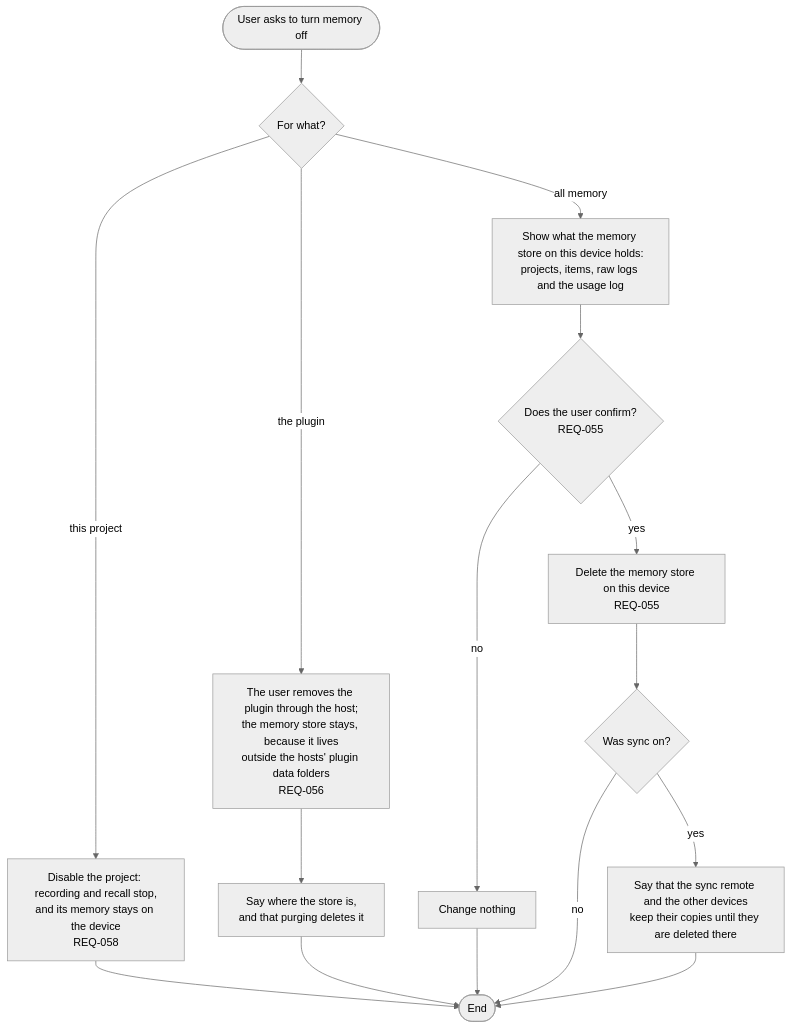
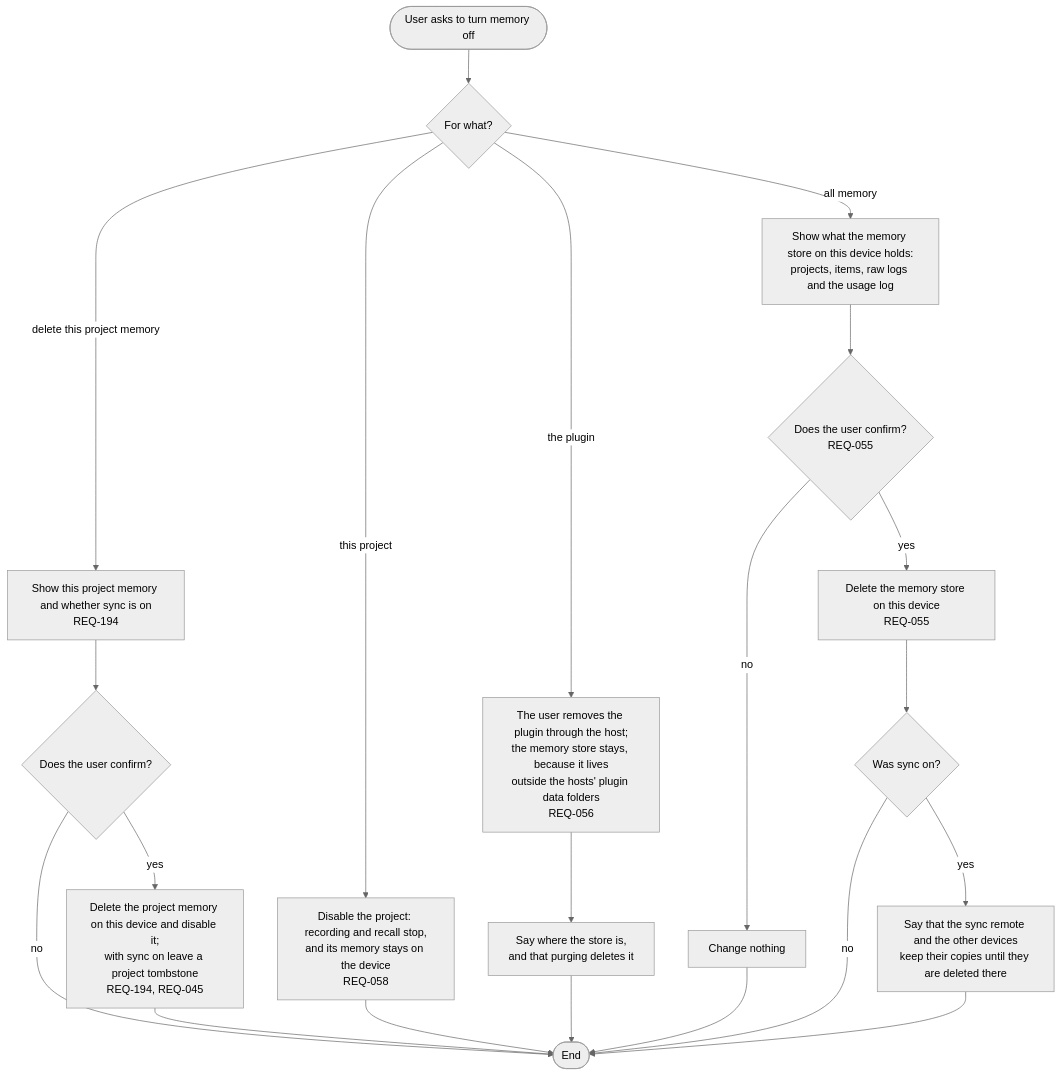
The diagram in docs/03-user-flow/memory/FL-011-turn-memory-off.md (kodonghui/corthex), drawn with Mermaid (neutral theme) before and after one commit. The commit also changed other lines of this file and 32 other files, not shown here.

First line of the commit message:
docs(memory): record confirmed spec and the new sync decision

````diff
--- a/docs/03-user-flow/memory/FL-011-turn-memory-off.md
+++ b/docs/03-user-flow/memory/FL-011-turn-memory-off.md
@@ -9,18 +9,23 @@
 ```mermaid
 flowchart TD
   A(["User asks to turn memory off"]) --> B{"For what?"}
+  B -->|delete this project memory| P["Show this project memory and whether sync is on<br/>REQ-194"]
+  P --> Q{"Does the user confirm?"}
+  Q -->|no| Z
+  Q -->|yes| R["Delete the project memory on this device and disable it;<br/>with sync on leave a project tombstone<br/>REQ-194, REQ-045"]
+  R --> Z
   B -->|this project| C["Disable the project: recording and recall stop,<br/>and its memory stays on the device<br/>REQ-058"]
   C --> Z(["End"])
   B -->|the plugin| D["The user removes the plugin through the host;<br/>the memory store stays, because it lives<br/>outside the hosts' plugin data folders<br/>REQ-056"]
   D --> D1["Say where the store is,<br/>and that purging deletes it"]
   D1 --> Z
   B -->|all memory| E["Show what the memory store on this device holds:<br/>projects, items, raw logs and the usage log"]
   E --> F{"Does the user confirm?<br/>REQ-055"}
   F -->|no| F1["Change nothing"]
   F1 --> Z
   F -->|yes| G["Delete the memory store on this device<br/>REQ-055"]
   G --> H{"Was sync on?"}
   H -->|no| Z
   H -->|yes| I["Say that the sync remote and the other devices<br/>keep their copies until they are deleted there"]
   I --> Z
 ```
````
